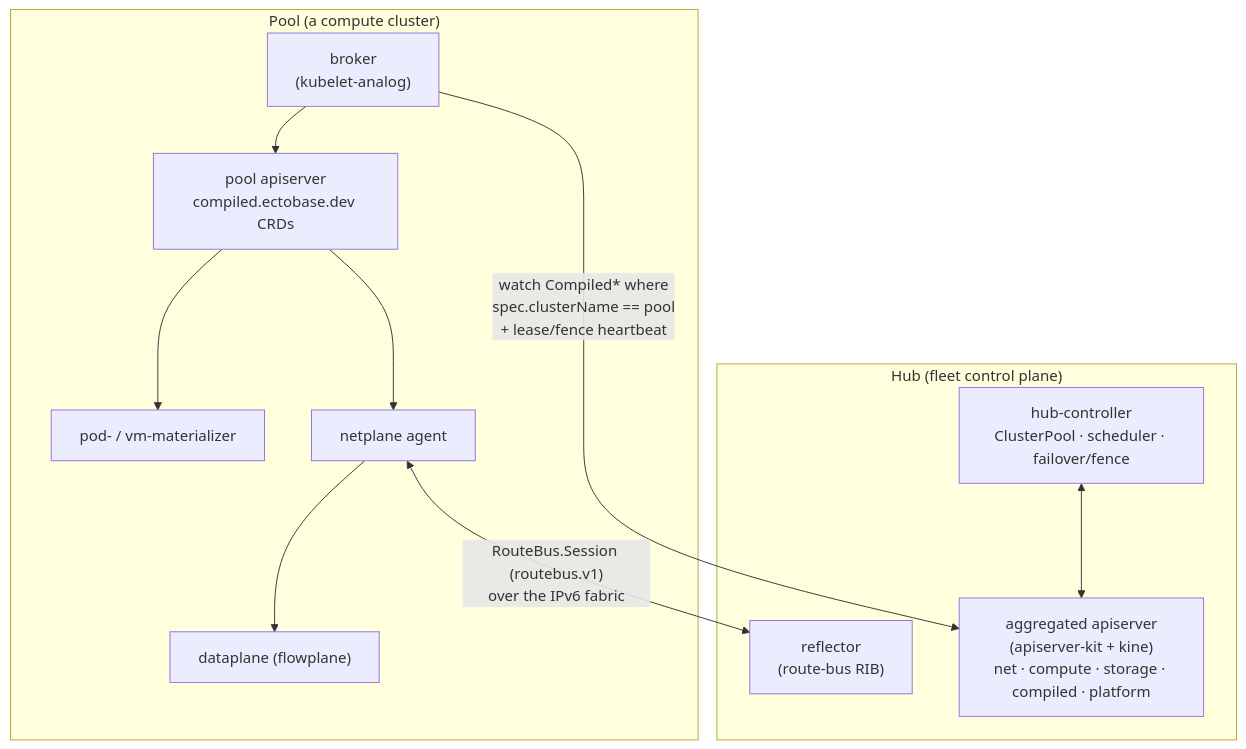
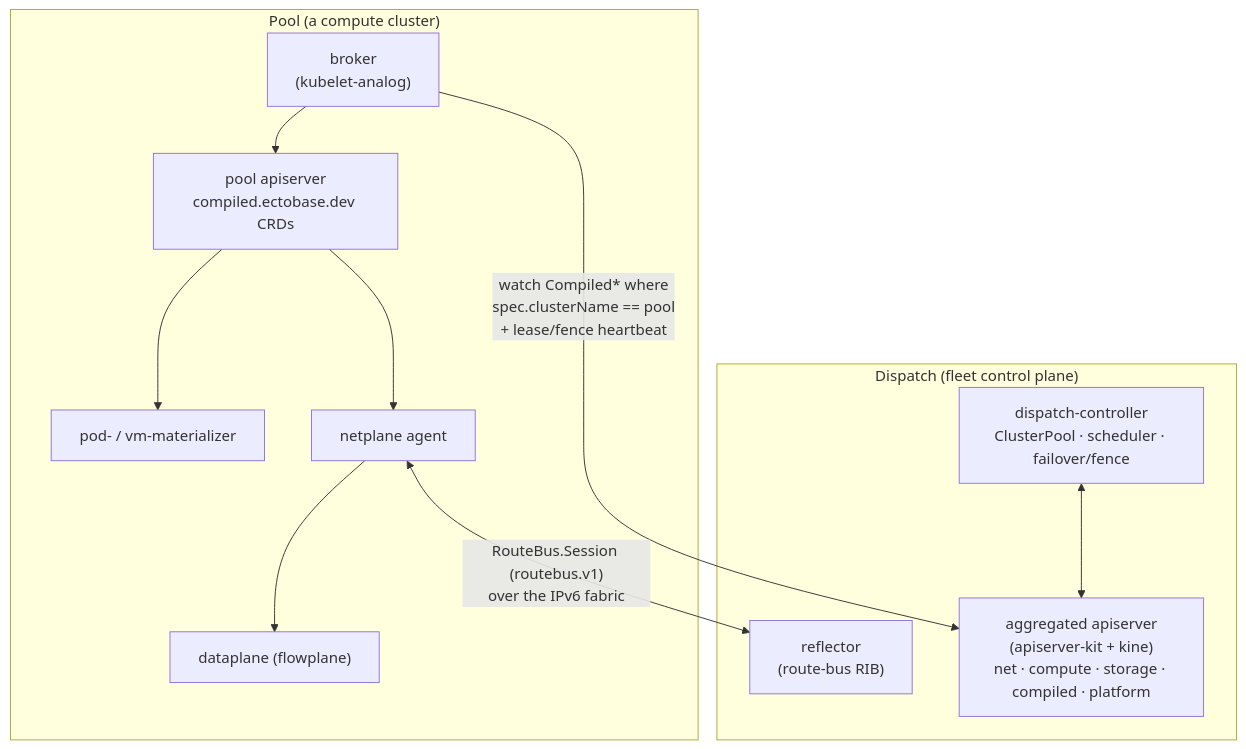
The diagram in docs/architecture/multi-cluster-control-plane.md (trevex/ectobase), drawn with Mermaid before and after one commit. The commit also changed other lines of this file and 490 other files, not shown here.

First line of the commit message:
refactor: rename subproject hub -> dispatch

````diff
--- a/docs/architecture/multi-cluster-control-plane.md
+++ b/docs/architecture/multi-cluster-control-plane.md
@@ -144,24 +144,24 @@
 ```mermaid
 flowchart TB
-    subgraph hub["Hub (fleet control plane)"]
+    subgraph dispatch["Dispatch (fleet control plane)"]
         api["aggregated apiserver<br/>(apiserver-kit + kine)<br/>net · compute · storage · compiled · platform"]
-        hc["hub-controller<br/>ClusterPool · scheduler · failover/fence"]
+        hc["dispatch-controller<br/>ClusterPool · scheduler · failover/fence"]
         rfl["reflector<br/>(route-bus RIB)"]
         hc <--> api
     end
 
     subgraph pool["Pool (a compute cluster)"]
         brk["broker<br/>(kubelet-analog)"]
         papi["pool apiserver<br/>compiled.ectobase.dev CRDs"]
         agent["netplane agent"]
         mat["pod- / vm-materializer"]
         dp["dataplane (flowplane)"]
         brk --> papi
         papi --> mat
         papi --> agent
         agent --> dp
     end
 
     brk -->|"watch Compiled* where<br/>spec.clusterName == pool<br/>+ lease/fence heartbeat"| api
     agent <-->|"RouteBus.Session (routebus.v1)<br/>over the IPv6 fabric"| rfl
 ```
````
